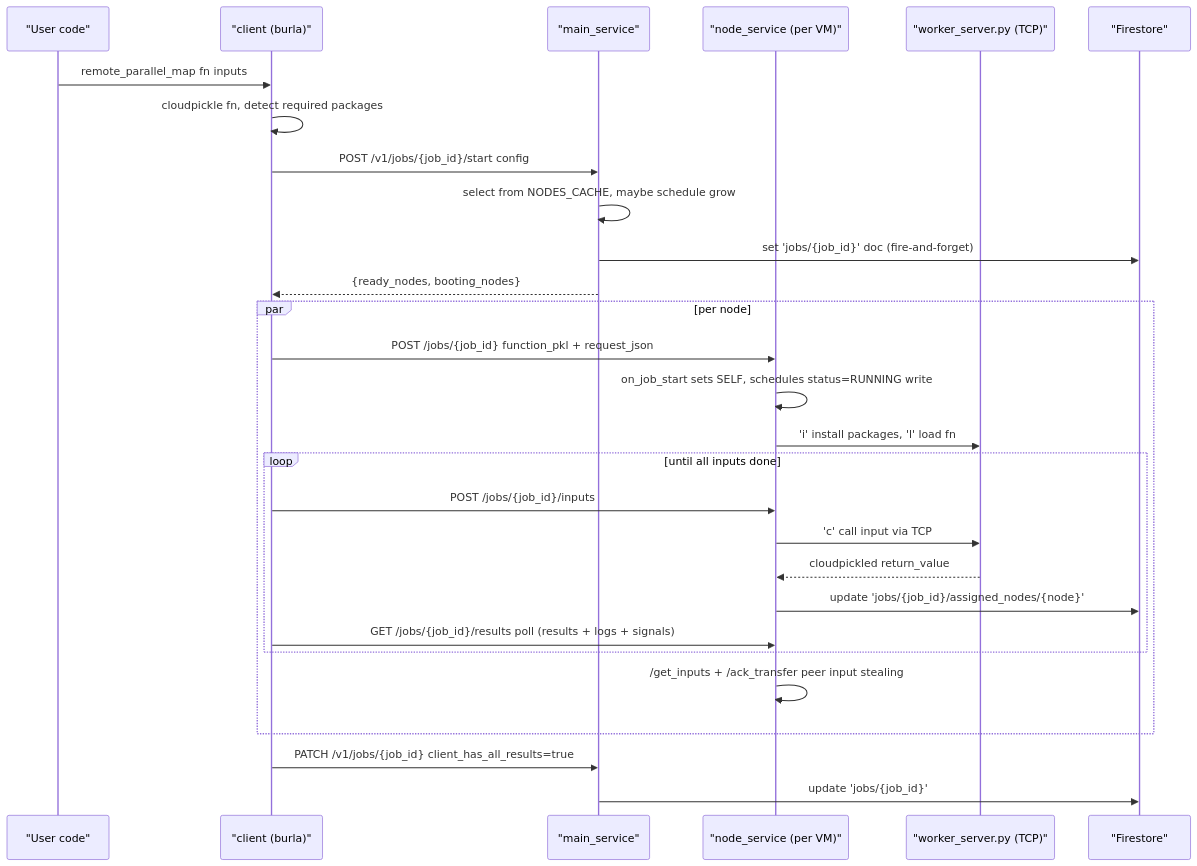
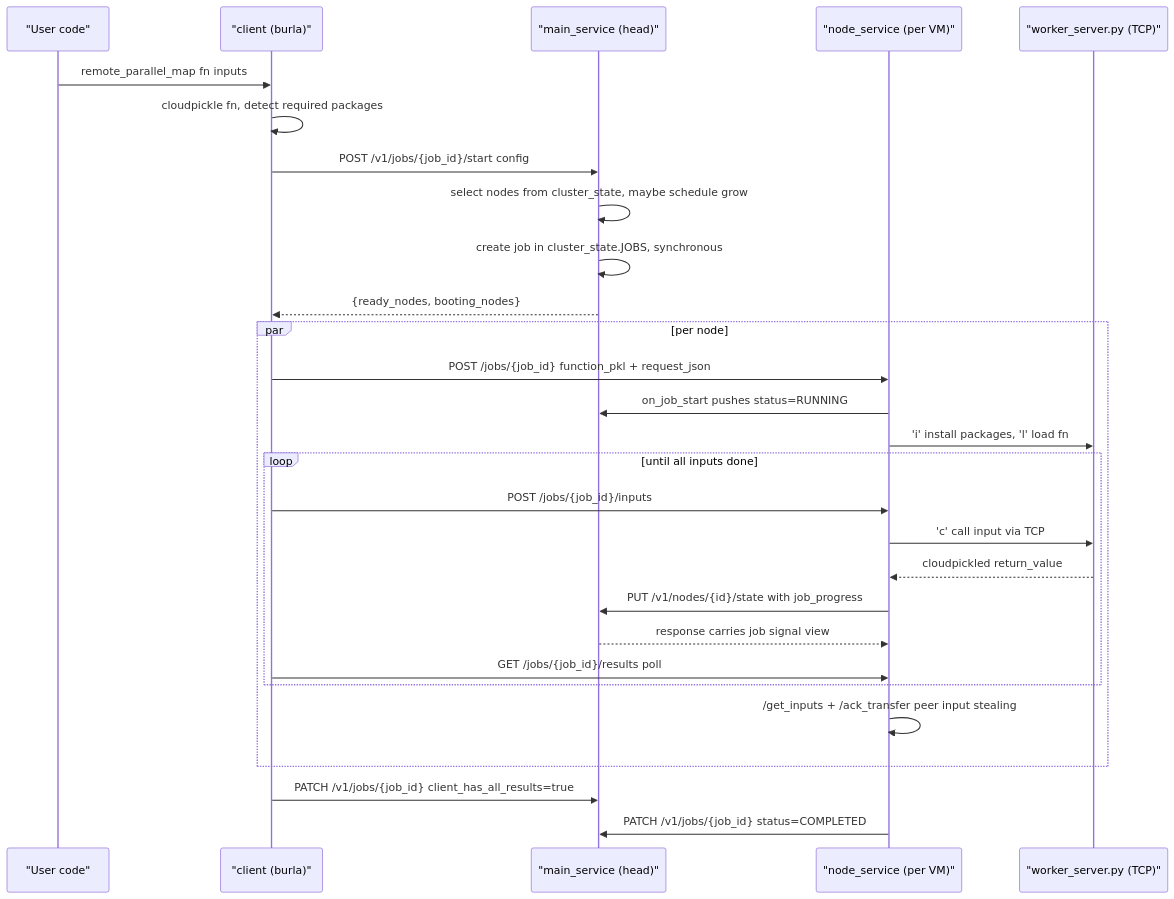
One commit to Burla-Cloud/burla changed the diagram in .cursor/skills/burla-deep-dive/job-lifecycle.md. Above: the diagram before and after it, drawn with Mermaid. The commit also changed other lines of this file and 74 other files, not shown here.

First line of the commit message:
Replace Firestore with head-centric HTTP coordination + AWS support

````diff
--- a/.cursor/skills/burla-deep-dive/job-lifecycle.md
+++ b/.cursor/skills/burla-deep-dive/job-lifecycle.md
@@ -7,31 +7,31 @@
 ```mermaid
 sequenceDiagram
     participant User as "User code"
     participant Client as "client (burla)"
-    participant Main as "main_service"
+    participant Main as "main_service (head)"
     participant Node as "node_service (per VM)"
     participant Worker as "worker_server.py (TCP)"
-    participant FS as "Firestore"
 
     User->>Client: remote_parallel_map fn inputs
     Client->>Client: cloudpickle fn, detect required packages
     Client->>Main: POST /v1/jobs/{job_id}/start config
-    Main->>Main: select from NODES_CACHE, maybe schedule grow
-    Main->>FS: set 'jobs/{job_id}' doc (fire-and-forget)
+    Main->>Main: select nodes from cluster_state, maybe schedule grow
+    Main->>Main: create job in cluster_state.JOBS, synchronous
     Main-->>Client: {ready_nodes, booting_nodes}
     par per node
         Client->>Node: POST /jobs/{job_id} function_pkl + request_json
-        Node->>Node: on_job_start sets SELF, schedules status=RUNNING write
+        Node->>Main: on_job_start pushes status=RUNNING
         Node->>Worker: 'i' install packages, 'l' load fn
         loop until all inputs done
             Client->>Node: POST /jobs/{job_id}/inputs
             Node->>Worker: 'c' call input via TCP
             Worker-->>Node: cloudpickled return_value
-            Node->>FS: update 'jobs/{job_id}/assigned_nodes/{node}'
-            Client->>Node: GET /jobs/{job_id}/results poll (results + logs + signals)
+            Node->>Main: PUT /v1/nodes/{id}/state with job_progress
+            Main-->>Node: response carries job signal view
+            Client->>Node: GET /jobs/{job_id}/results poll
         end
         Node->>Node: /get_inputs + /ack_transfer peer input stealing
     end
     Client->>Main: PATCH /v1/jobs/{job_id} client_has_all_results=true
-    Main->>FS: update 'jobs/{job_id}'
+    Node->>Main: PATCH /v1/jobs/{job_id} status=COMPLETED
 ```
````
